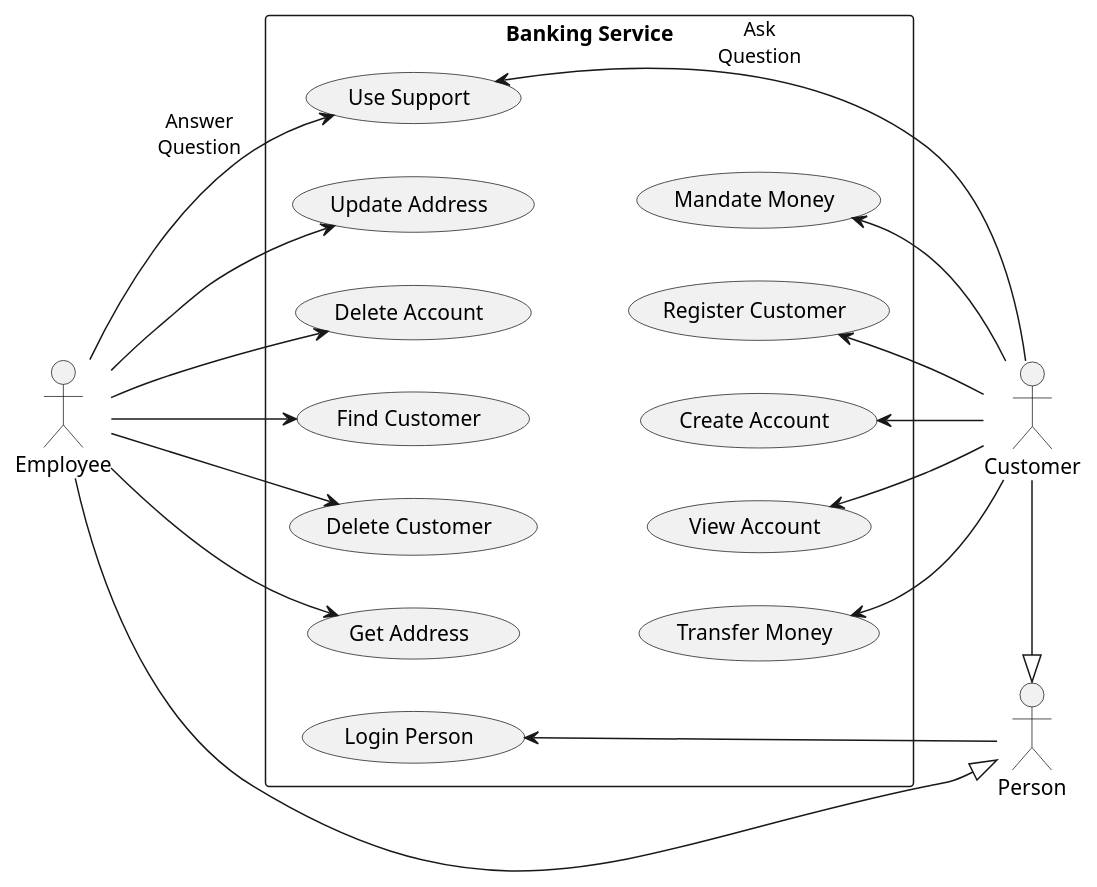
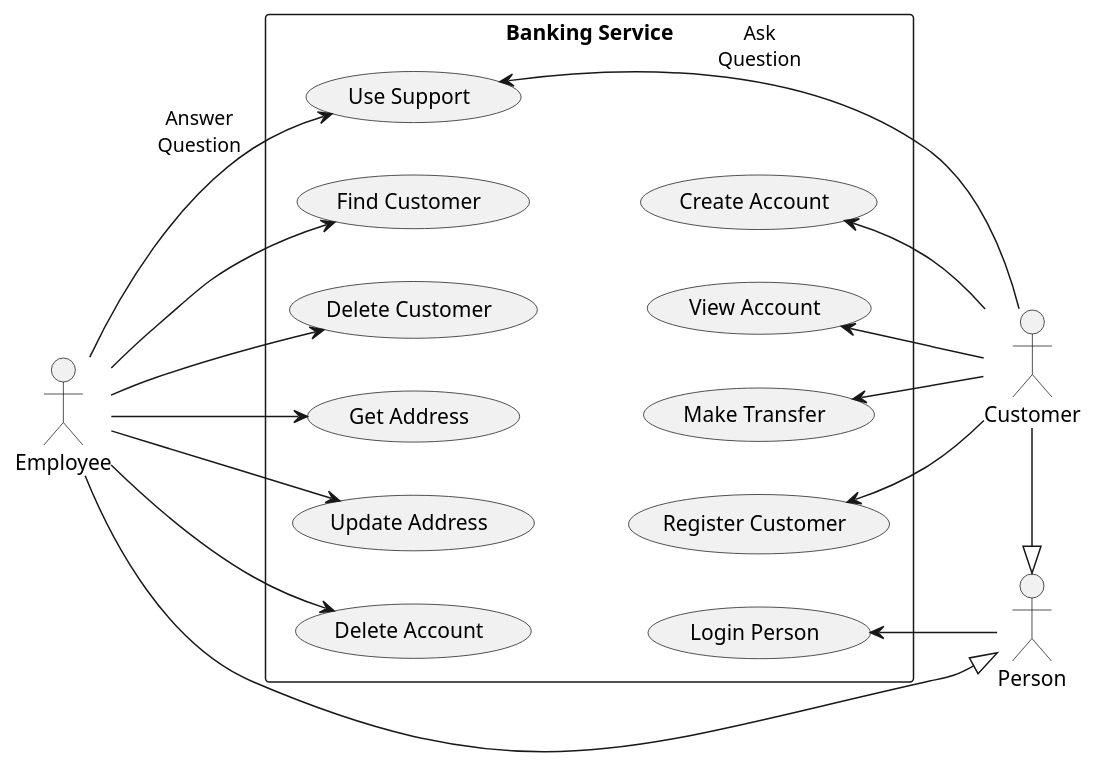
One commit to SteffBauer/sw_project changed the diagram in documentation/diagrams/DiagramUseCase_BankingService.puml. Above: the diagram before and after it, drawn with PlantUML. The commit also changed 2 other files, not shown here.

Commit message:
worked on diagrams and updated word document

```diff
--- a/documentation/diagrams/DiagramUseCase_BankingService.puml
+++ b/documentation/diagrams/DiagramUseCase_BankingService.puml
@@ -1,67 +1,65 @@
 @startuml
 
 left to right direction
 skinparam monochrome true
 
 actor "Person" as p
 actor "Customer" as c
 actor "Employee" as e
 
 c -|> p
 p <|-up- e
 
 rectangle "Banking Service" as Banking {
 
   usecase "Create Account" as uc11
   usecase "Find Customer" as uc12
   usecase "Delete Customer" as uc13
   usecase "Get Address" as uc14
   usecase "Update Address" as uc15
-  usecase "Mandate Money" as uc16
   usecase "Delete Account" as uc17
 
   usecase "Login Person" as uc21
 
   usecase "Use Support" as uc31
 
-  usecase "Transfer Money" as uc41
+  usecase "Make Transfer" as uc41
   usecase "View Account" as uc42
   usecase "Register Customer" as uc44
 }
 
 ' Customer Service
 uc11 <-- c
-uc16 <-- c
 
 e --> uc12
 e --> uc13
 e --> uc14
 e --> uc15
 e --> uc17
 
 
 ' Session Service
 uc21 <- p
 
 
 ' Support Service
 'uc31 --> chat
-uc31 <-- c : Ask\nQuestion
+uc31 <- c : Ask\nQuestion
 e --> uc31 : Answer\nQuestion
 
 
 ' Banking Service
 uc41 <-- c
 uc42 <-- c
 uc44 <-- c
 
 ' Layout
 uc12 -[hidden]-> uc11
 uc13 -[hidden]-> uc42
 uc14 -[hidden]-> uc41
-uc15 -[hidden]-> uc16
+uc21 -[hidden]> uc41
 uc17 -[hidden]-> uc44
 'uc12 -[hidden]-> uc21
 'uc31 -[hidden]> uc21
 
 @enduml
```
